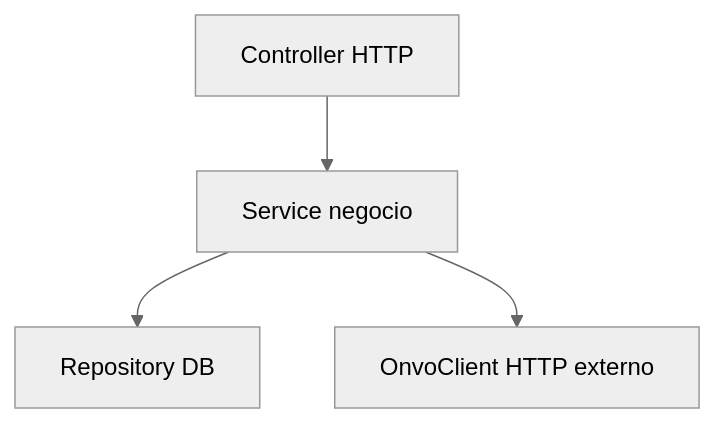
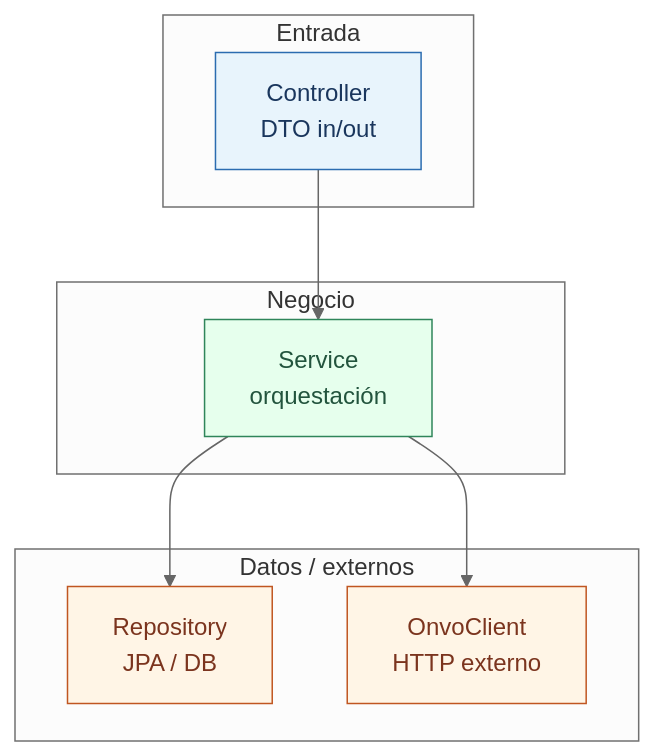
The diagram in 04-Learning Path/00-fundamentos/04-spring-boot-para-novatos.md (PlatformCR/Platform), drawn with Mermaid (neutral theme) before and after one commit. The commit also changed other lines of this file and 10 other files, not shown here.

````diff
--- a/04-Learning Path/00-fundamentos/04-spring-boot-para-novatos.md
+++ b/04-Learning Path/00-fundamentos/04-spring-boot-para-novatos.md
@@ -22,10 +22,23 @@
 ```mermaid
 flowchart TB
-  C[Controller HTTP]
-  S[Service negocio]
-  R[Repository DB]
-  O[OnvoClient HTTP externo]
+  subgraph HTTP["Entrada"]
+    C["Controller<br/>DTO in/out"]
+  end
+  subgraph Negocio["Negocio"]
+    S["Service<br/>orquestación"]
+  end
+  subgraph Datos["Datos / externos"]
+    R["Repository<br/>JPA / DB"]
+    O["OnvoClient<br/>HTTP externo"]
+  end
   C --> S
   S --> R
   S --> O
+
+  classDef in fill:#e8f4fc,stroke:#2b6cb0,color:#1a365d
+  classDef mid fill:#e6ffed,stroke:#2f855a,color:#22543d
+  classDef out fill:#fff5e6,stroke:#c05621,color:#7b341e
+  class C in
+  class S mid
+  class R,O out
 ```
````
